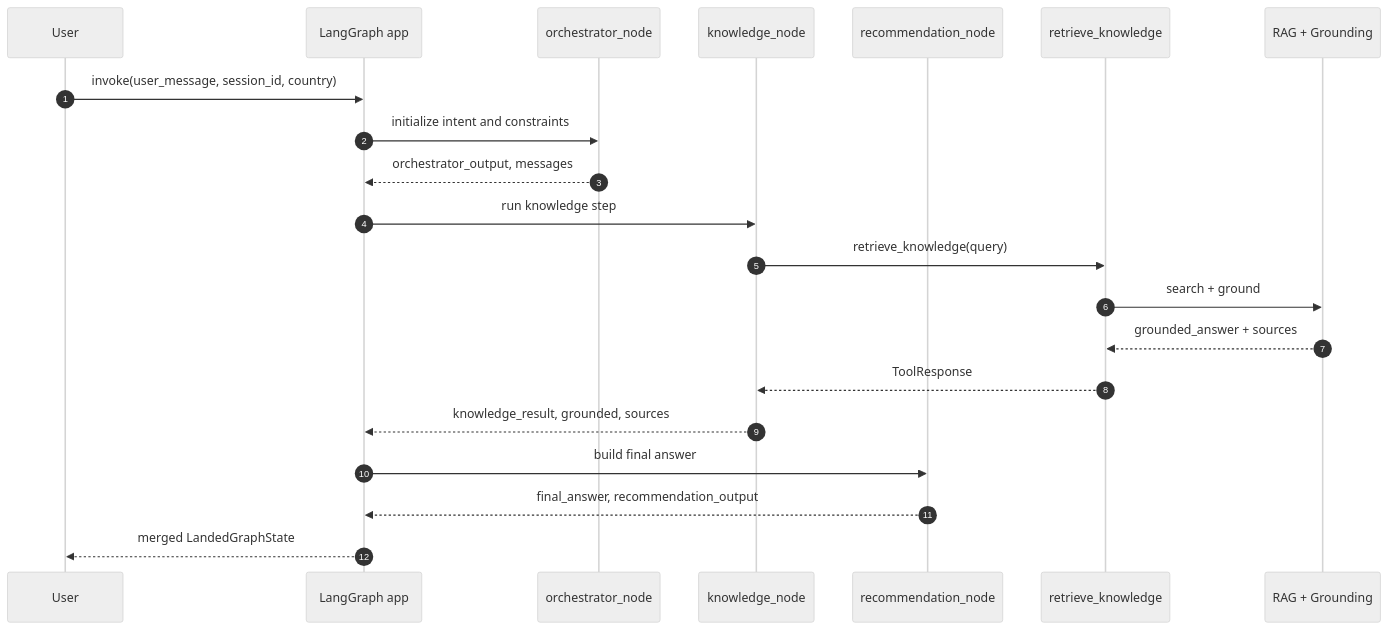
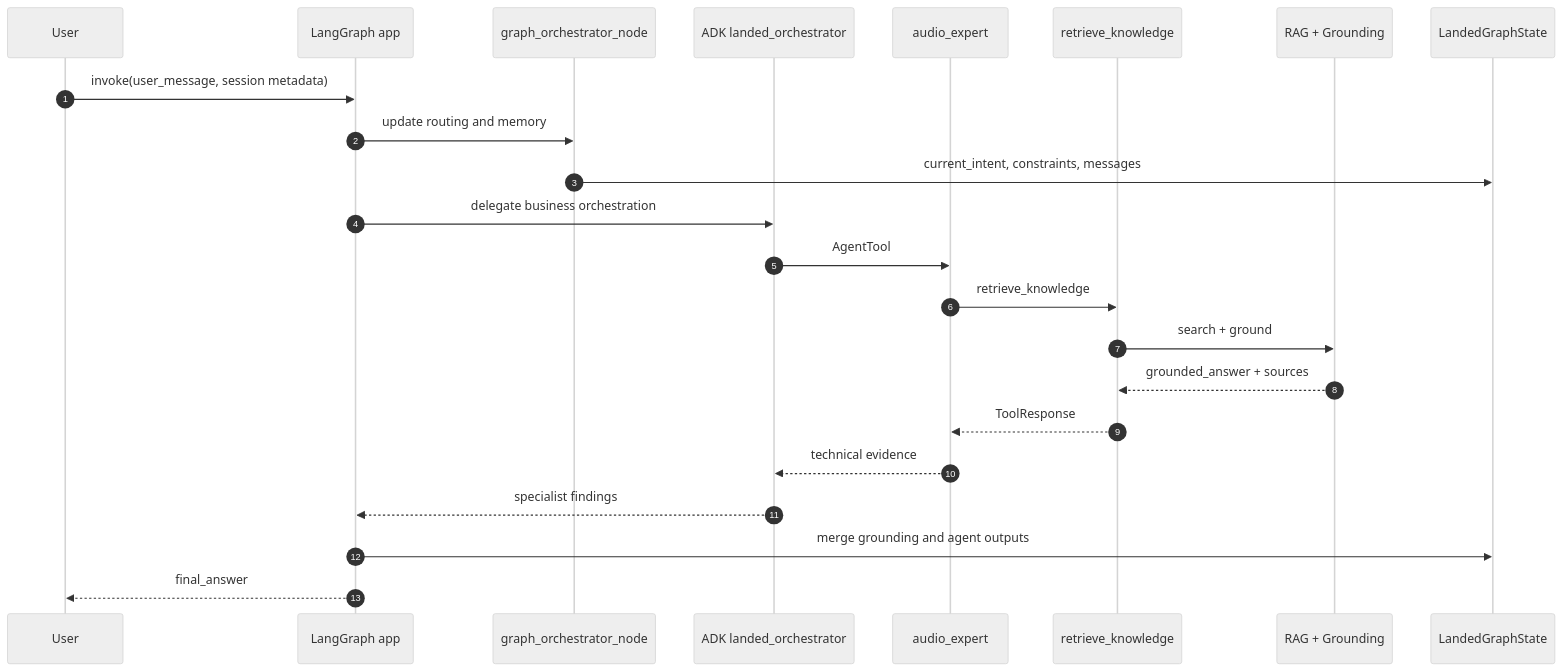
One commit to luisfm44/landed-agent changed the third of 7 diagrams in docs/architecture-diagram.md. Above: the diagram before and after it, drawn with Mermaid (neutral theme). The commit also changed other lines of this file and 4 other files, not shown here.

````diff
--- a/docs/architecture-diagram.md
+++ b/docs/architecture-diagram.md
@@ -138,27 +101,28 @@
 ```mermaid
 sequenceDiagram
     autonumber
     participant U as User
     participant G as LangGraph app
-    participant O as orchestrator_node
-    participant K as knowledge_node
-    participant R as recommendation_node
+    participant GO as graph_orchestrator_node
+    participant O as ADK landed_orchestrator
+    participant AE as audio_expert
     participant RK as retrieve_knowledge
     participant RAG as RAG + Grounding
+    participant ST as LandedGraphState
 
-    U->>G: invoke(user_message, session_id, country)
-    G->>O: initialize intent and constraints
-    O-->>G: orchestrator_output, messages
+    U->>G: invoke(user_message, session metadata)
+    G->>GO: update routing and memory
+    GO->>ST: current_intent, constraints, messages
 
-    G->>K: run knowledge step
-    K->>RK: retrieve_knowledge(query)
+    G->>O: delegate business orchestration
+    O->>AE: AgentTool
+    AE->>RK: retrieve_knowledge
     RK->>RAG: search + ground
     RAG-->>RK: grounded_answer + sources
-    RK-->>K: ToolResponse
-    K-->>G: knowledge_result, grounded, sources
+    RK-->>AE: ToolResponse
+    AE-->>O: technical evidence
+    O-->>G: specialist findings
 
-    G->>R: build final answer
-    R-->>G: final_answer, recommendation_output
-
-    G-->>U: merged LandedGraphState
+    G->>ST: merge grounding and agent outputs
+    G-->>U: final_answer
 ```
````
